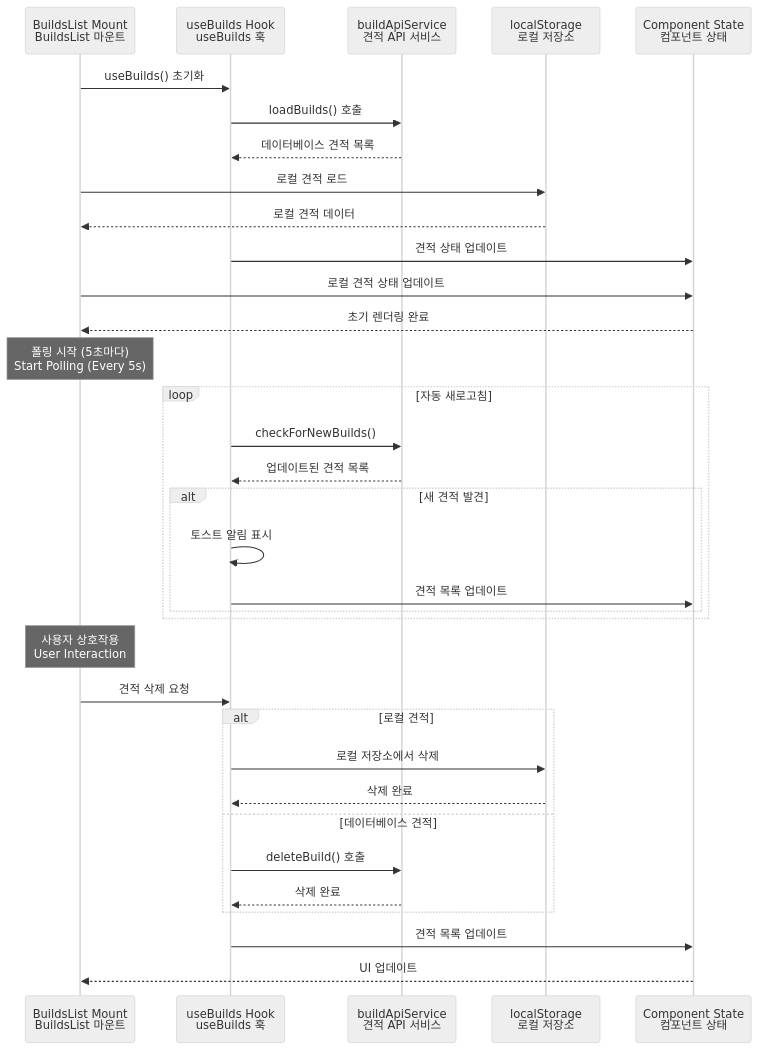
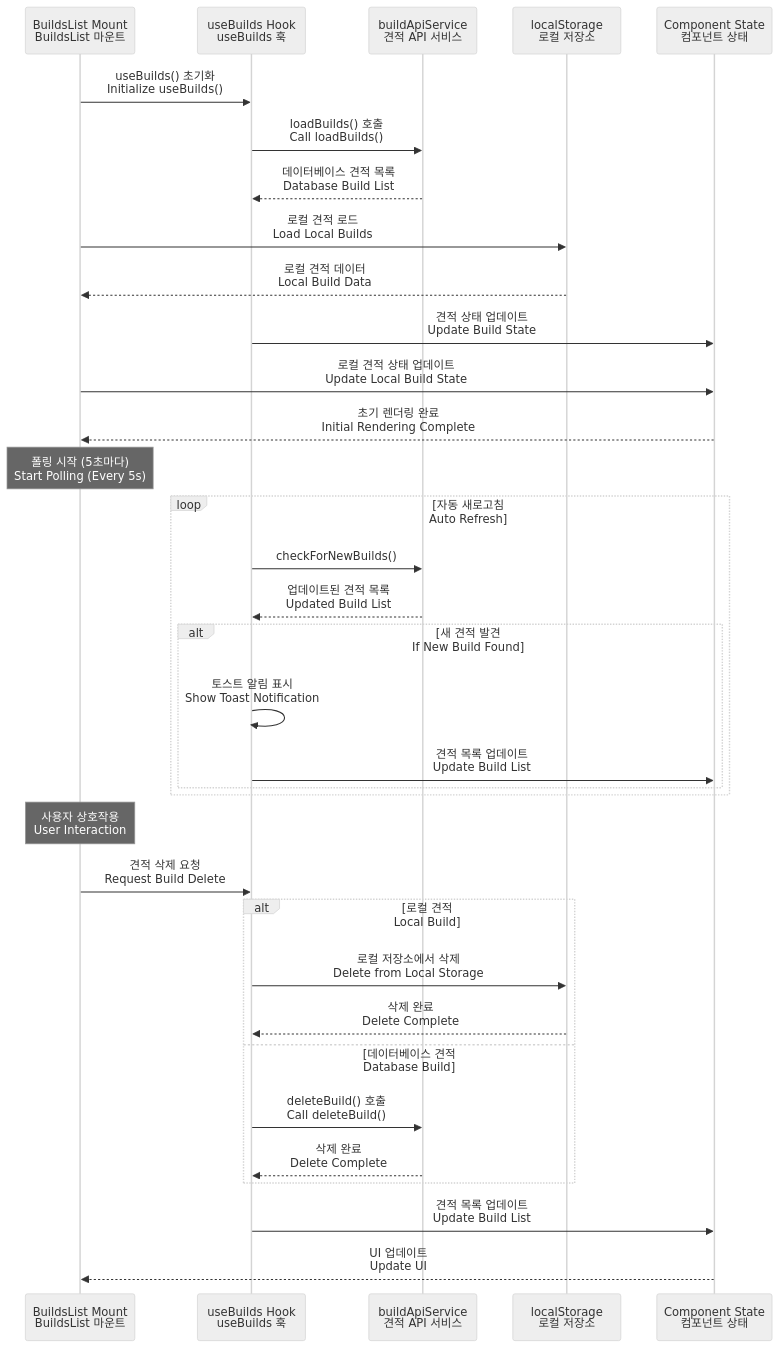
One commit to p0pular131/askspec-chat-assistant changed diagram 19 of 19 in docs/design-specification.md. Above: the diagram before and after it, drawn with Mermaid (neutral theme). The commit also changed other lines of this file and 1 other file, not shown here.

First line of the commit message:
Refactor: Adjust diagram layout for readability

````diff
--- a/docs/design-specification.md
+++ b/docs/design-specification.md
@@ -1236,43 +1266,43 @@
 ```mermaid
 sequenceDiagram
     participant Mount as BuildsList Mount<br/>BuildsList 마운트
     participant Hook as useBuilds Hook<br/>useBuilds 훅
     participant API as buildApiService<br/>견적 API 서비스
     participant LocalStorage as localStorage<br/>로컬 저장소
     participant State as Component State<br/>컴포넌트 상태
 
-    Mount->>Hook: useBuilds() 초기화
-    Hook->>API: loadBuilds() 호출
-    API-->>Hook: 데이터베이스 견적 목록
+    Mount->>Hook: useBuilds() 초기화<br/>Initialize useBuilds()
+    Hook->>API: loadBuilds() 호출<br/>Call loadBuilds()
+    API-->>Hook: 데이터베이스 견적 목록<br/>Database Build List
     
-    Mount->>LocalStorage: 로컬 견적 로드
-    LocalStorage-->>Mount: 로컬 견적 데이터
+    Mount->>LocalStorage: 로컬 견적 로드<br/>Load Local Builds
+    LocalStorage-->>Mount: 로컬 견적 데이터<br/>Local Build Data
     
-    Hook->>State: 견적 상태 업데이트
-    Mount->>State: 로컬 견적 상태 업데이트
-    State-->>Mount: 초기 렌더링 완료
+    Hook->>State: 견적 상태 업데이트<br/>Update Build State
+    Mount->>State: 로컬 견적 상태 업데이트<br/>Update Local Build State
+    State-->>Mount: 초기 렌더링 완료<br/>Initial Rendering Complete
     
     Note over Mount: 폴링 시작 (5초마다)<br/>Start Polling (Every 5s)
     
-    loop 자동 새로고침
+    loop 자동 새로고침<br/>Auto Refresh
         Hook->>API: checkForNewBuilds()
-        API-->>Hook: 업데이트된 견적 목록
-        alt 새 견적 발견
-            Hook->>Hook: 토스트 알림 표시
-            Hook->>State: 견적 목록 업데이트
+        API-->>Hook: 업데이트된 견적 목록<br/>Updated Build List
+        alt 새 견적 발견<br/>If New Build Found
+            Hook->>Hook: 토스트 알림 표시<br/>Show Toast Notification
+            Hook->>State: 견적 목록 업데이트<br/>Update Build List
         end
     end
     
     Note over Mount: 사용자 상호작용<br/>User Interaction
     
-    Mount->>Hook: 견적 삭제 요청
-    alt 로컬 견적
-        Hook->>LocalStorage: 로컬 저장소에서 삭제
-        LocalStorage-->>Hook: 삭제 완료
-    else 데이터베이스 견적
-        Hook->>API: deleteBuild() 호출
-        API-->>Hook: 삭제 완료
+    Mount->>Hook: 견적 삭제 요청<br/>Request Build Delete
+    alt 로컬 견적<br/>Local Build
+        Hook->>LocalStorage: 로컬 저장소에서 삭제<br/>Delete from Local Storage
+        LocalStorage-->>Hook: 삭제 완료<br/>Delete Complete
+    else 데이터베이스 견적<br/>Database Build
+        Hook->>API: deleteBuild() 호출<br/>Call deleteBuild()
+        API-->>Hook: 삭제 완료<br/>Delete Complete
     end
-    Hook->>State: 견적 목록 업데이트
-    State-->>Mount: UI 업데이트
+    Hook->>State: 견적 목록 업데이트<br/>Update Build List
+    State-->>Mount: UI 업데이트<br/>Update UI
 ```
````
